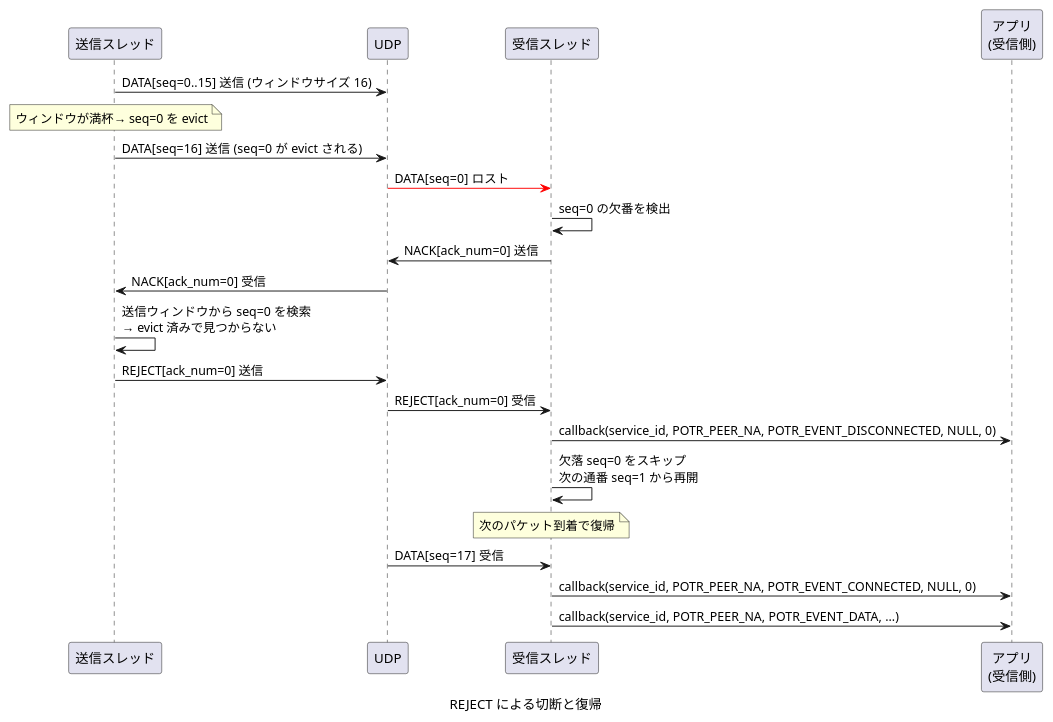
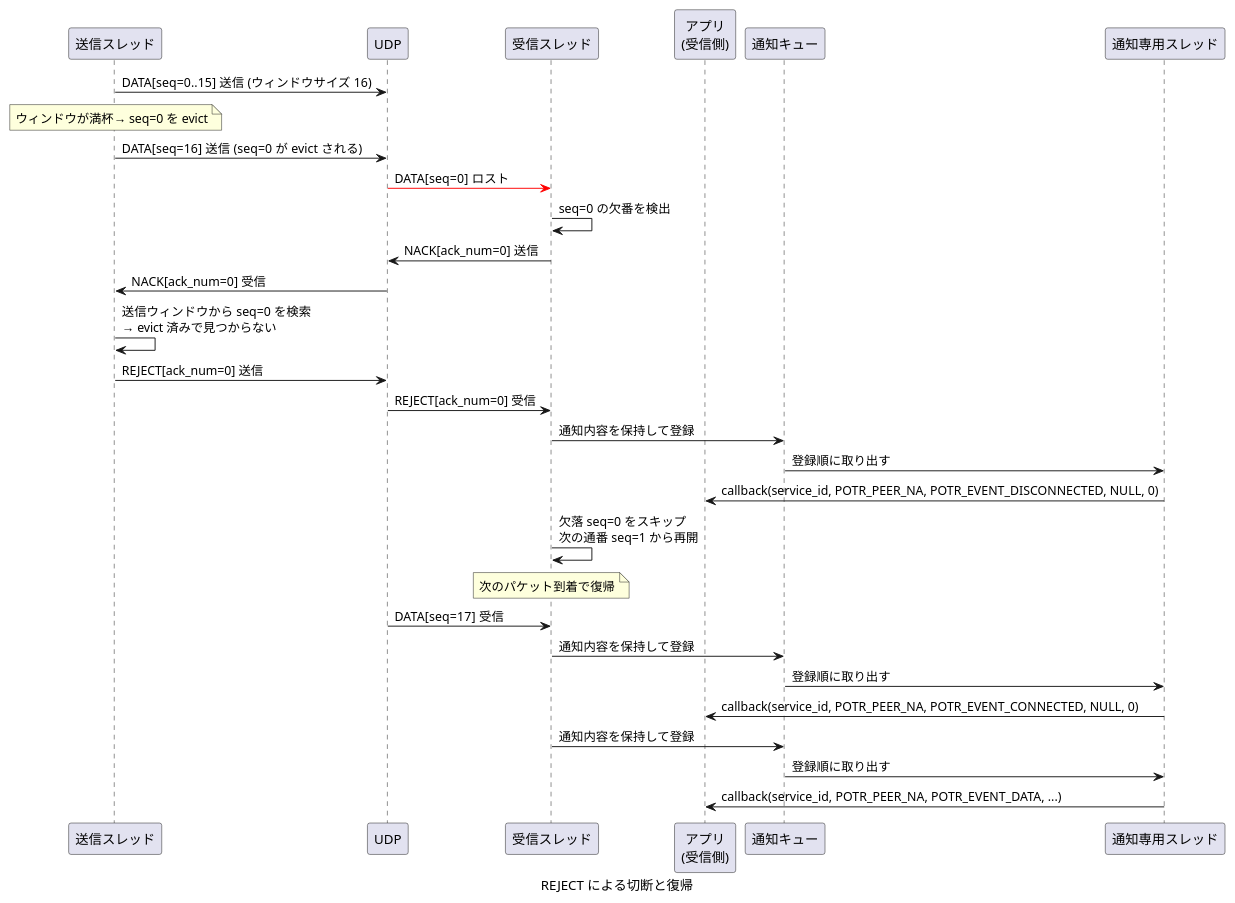
One commit to Hondarer/app_porter changed the seventh of 10 diagrams in docs/sequence-data.md. Above: the diagram before and after it, drawn with PlantUML. The commit also changed other lines of this file and 52 other files, not shown here.

````diff
--- a/docs/sequence-data.md
+++ b/docs/sequence-data.md
@@ -246,38 +276,48 @@
 ```plantuml
 @startuml REJECT による切断と復帰
 caption REJECT による切断と復帰
 
 participant "送信スレッド" as ST
 participant "UDP" as UDP
 participant "受信スレッド" as RRT
 participant "アプリ\n(受信側)" as RAPP
+participant "通知キュー" as NQ
+participant "通知専用スレッド" as NT
 
 ST -> UDP: DATA[seq=0..15] 送信 (ウィンドウサイズ 16)
 
 note over ST: ウィンドウが満杯→ seq=0 を evict
 
 ST -> UDP: DATA[seq=16] 送信 (seq=0 が evict される)
 
 UDP -[#red]> RRT: DATA[seq=0] ロスト
 
 RRT -> RRT: seq=0 の欠番を検出
 RRT -> UDP: NACK[ack_num=0] 送信
 
 UDP -> ST: NACK[ack_num=0] 受信
 ST -> ST: 送信ウィンドウから seq=0 を検索\n→ evict 済みで見つからない
 
 ST -> UDP: REJECT[ack_num=0] 送信
 
 UDP -> RRT: REJECT[ack_num=0] 受信
 
-RRT -> RAPP: callback(service_id, POTR_PEER_NA, POTR_EVENT_DISCONNECTED, NULL, 0)
+RRT -> NQ: 通知内容を保持して登録
+
+NQ -> NT: 登録順に取り出す
+
+NT -> RAPP: callback(service_id, POTR_PEER_NA, POTR_EVENT_DISCONNECTED, NULL, 0)
 RRT -> RRT: 欠落 seq=0 をスキップ\n次の通番 seq=1 から再開
 
 note over RRT: 次のパケット到着で復帰
 
 UDP -> RRT: DATA[seq=17] 受信
-RRT -> RAPP: callback(service_id, POTR_PEER_NA, POTR_EVENT_CONNECTED, NULL, 0)
-RRT -> RAPP: callback(service_id, POTR_PEER_NA, POTR_EVENT_DATA, ...)
+RRT -> NQ: 通知内容を保持して登録
+NQ -> NT: 登録順に取り出す
+NT -> RAPP: callback(service_id, POTR_PEER_NA, POTR_EVENT_CONNECTED, NULL, 0)
+RRT -> NQ: 通知内容を保持して登録
+NQ -> NT: 登録順に取り出す
+NT -> RAPP: callback(service_id, POTR_PEER_NA, POTR_EVENT_DATA, ...)
 
 @enduml
 ```
````
